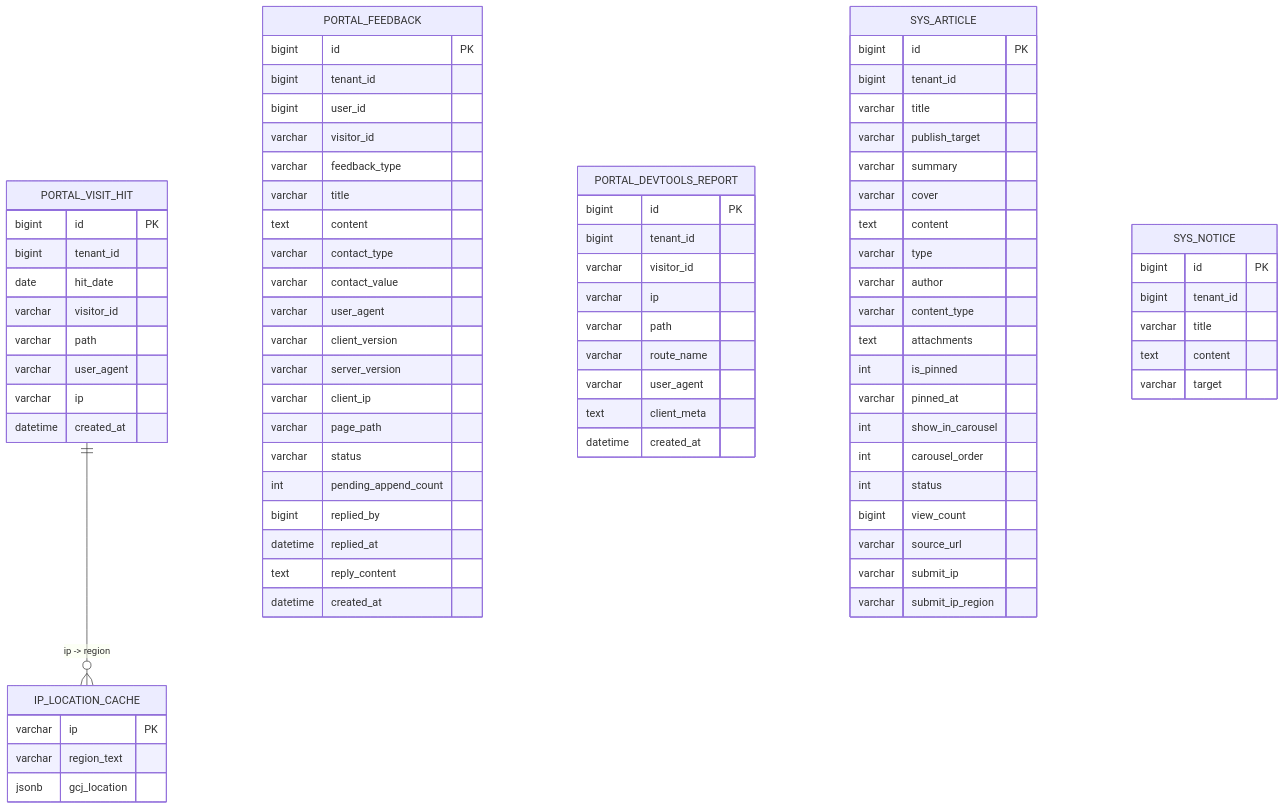
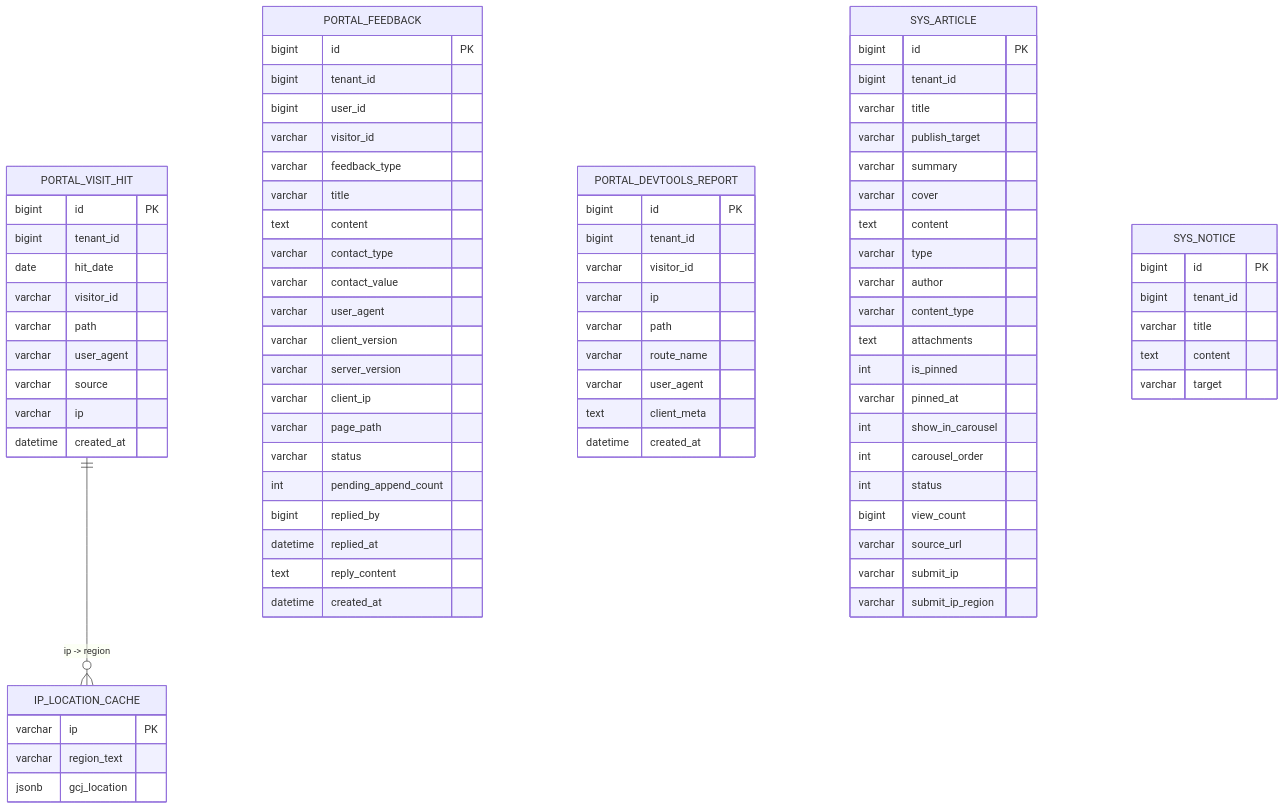
The ninth of 9 diagrams in docs/tech/数据模型设计/门户实体.md (skvan/bsdone), drawn with Mermaid before and after one commit. The commit also changed other lines of this file and 1 other file, not shown here.

Commit message:
docs: 同步微信 JSSDK 接口与 portal_visit_hit.source

````diff
--- a/docs/tech/数据模型设计/门户实体.md
+++ b/docs/tech/数据模型设计/门户实体.md
@@ -261,81 +263,82 @@
 ```mermaid
 erDiagram
 PORTAL_VISIT_HIT {
 bigint id PK
 bigint tenant_id
 date hit_date
 varchar visitor_id
 varchar path
 varchar user_agent
+varchar source
 varchar ip
 datetime created_at
 }
 PORTAL_FEEDBACK {
 bigint id PK
 bigint tenant_id
 bigint user_id
 varchar visitor_id
 varchar feedback_type
 varchar title
 text content
 varchar contact_type
 varchar contact_value
 varchar user_agent
 varchar client_version
 varchar server_version
 varchar client_ip
 varchar page_path
 varchar status
 int pending_append_count
 bigint replied_by
 datetime replied_at
 text reply_content
 datetime created_at
 }
 PORTAL_DEVTOOLS_REPORT {
 bigint id PK
 bigint tenant_id
 varchar visitor_id
 varchar ip
 varchar path
 varchar route_name
 varchar user_agent
 text client_meta
 datetime created_at
 }
 SYS_ARTICLE {
 bigint id PK
 bigint tenant_id
 varchar title
 varchar publish_target
 varchar summary
 varchar cover
 text content
 varchar type
 varchar author
 varchar content_type
 text attachments
 int is_pinned
 varchar pinned_at
 int show_in_carousel
 int carousel_order
 int status
 bigint view_count
 varchar source_url
 varchar submit_ip
 varchar submit_ip_region
 }
 SYS_NOTICE {
 bigint id PK
 bigint tenant_id
 varchar title
 text content
 varchar target
 }
 IP_LOCATION_CACHE {
 varchar ip PK
 varchar region_text
 jsonb gcj_location
 }
 PORTAL_VISIT_HIT ||--o{ IP_LOCATION_CACHE : "ip -> region"
 ```
````
